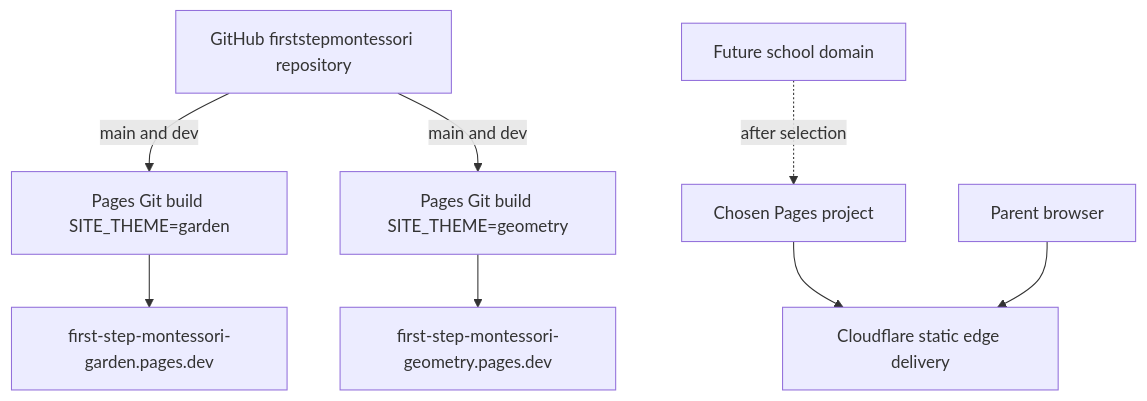
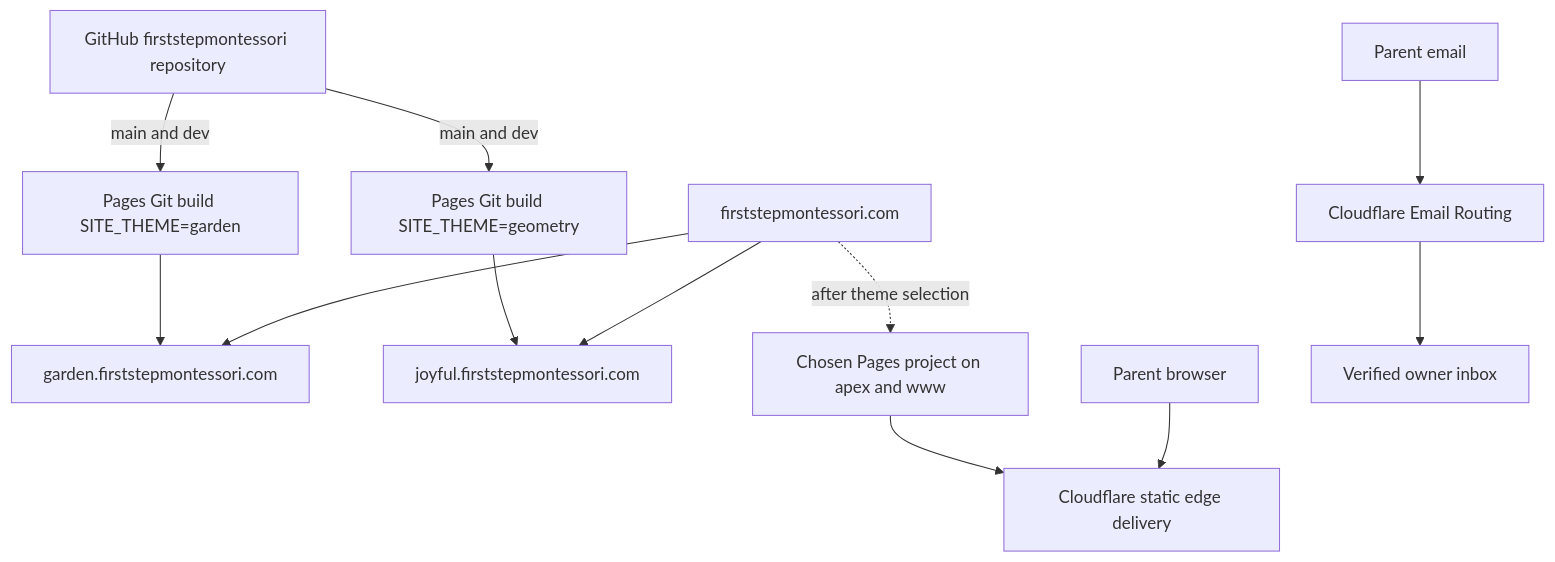
Before and after one commit to firststepmontessori/firststepmontessori: the diagram in docs/12-cloudflare-infrastructure.md, drawn with Mermaid. The commit also changed other lines of this file and 7 other files, not shown here.

Commit message:
docs: record custom domains and email routing

````diff
--- a/docs/12-cloudflare-infrastructure.md
+++ b/docs/12-cloudflare-infrastructure.md
@@ -10,11 +10,15 @@
 ```mermaid
 flowchart TB
     Repo[GitHub firststepmontessori repository]
     Repo -->|main and dev| GardenBuild[Pages Git build SITE_THEME=garden]
     Repo -->|main and dev| GeometryBuild[Pages Git build SITE_THEME=geometry]
-    GardenBuild --> Garden[first-step-montessori-garden.pages.dev]
-    GeometryBuild --> Geometry[first-step-montessori-geometry.pages.dev]
-    Domain[Future school domain] -. after selection .-> Chosen[Chosen Pages project]
+    GardenBuild --> Garden[garden.firststepmontessori.com]
+    GeometryBuild --> Geometry[joyful.firststepmontessori.com]
+    Domain[firststepmontessori.com] --> Garden
+    Domain --> Geometry
+    Domain -. after theme selection .-> Chosen[Chosen Pages project on apex and www]
     Chosen --> Edge[Cloudflare static edge delivery]
     Browser[Parent browser] --> Edge
+    Sender[Parent email] --> EmailRouting[Cloudflare Email Routing]
+    EmailRouting --> Owner[Verified owner inbox]
 ```
````
